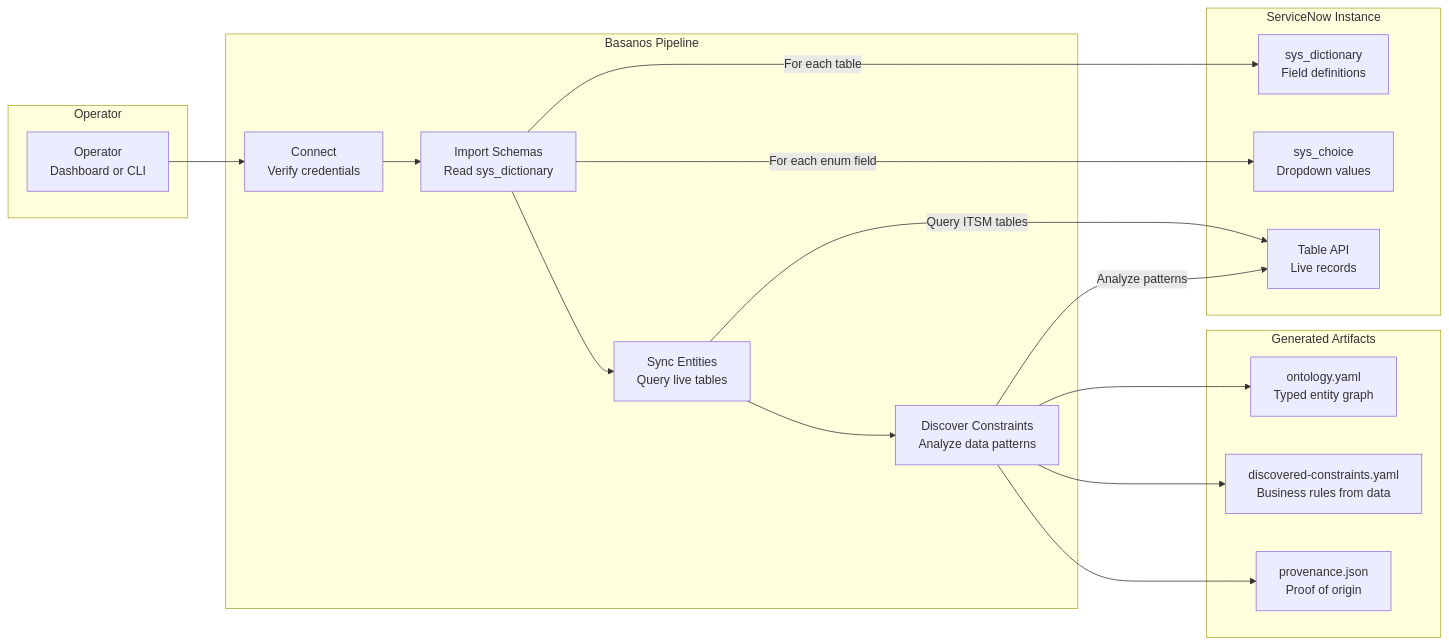
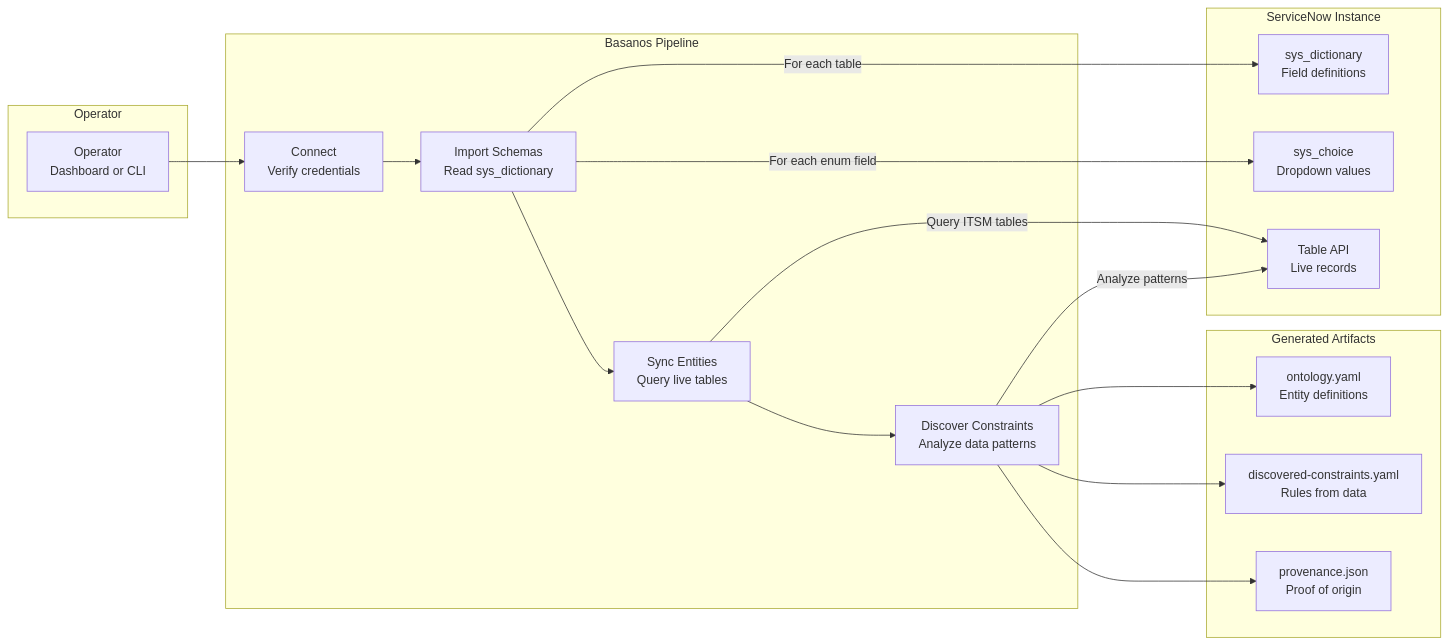
Before and after one commit to leojacinto/project-basanos: the second of 5 diagrams in README.md, drawn with Mermaid. The commit also changed other lines of this file and 3 other files, not shown here.

````diff
--- a/README.md
+++ b/README.md
@@ -77,37 +62,37 @@
 ```mermaid
 flowchart LR
     subgraph Operator
         U[Operator<br/>Dashboard or CLI]
     end
 
     subgraph Pipeline["Basanos Pipeline"]
         C[Connect<br/>Verify credentials]
         I[Import Schemas<br/>Read sys_dictionary]
         S[Sync Entities<br/>Query live tables]
         D[Discover Constraints<br/>Analyze data patterns]
     end
 
     subgraph ServiceNow["ServiceNow Instance"]
         SD[sys_dictionary<br/>Field definitions]
         SC[sys_choice<br/>Dropdown values]
         TA[Table API<br/>Live records]
     end
 
     subgraph Artifacts["Generated Artifacts"]
-        OY[ontology.yaml<br/>Typed entity graph]
-        CY[discovered-constraints.yaml<br/>Business rules from data]
+        OY[ontology.yaml<br/>Entity definitions]
+        CY[discovered-constraints.yaml<br/>Rules from data]
         PJ[provenance.json<br/>Proof of origin]
     end
 
     U --> C
     C --> I
     I -->|For each table| SD
     I -->|For each enum field| SC
     I --> S
     S -->|Query ITSM tables| TA
     S --> D
     D -->|Analyze patterns| TA
     D --> OY
     D --> CY
     D --> PJ
 ```
````
